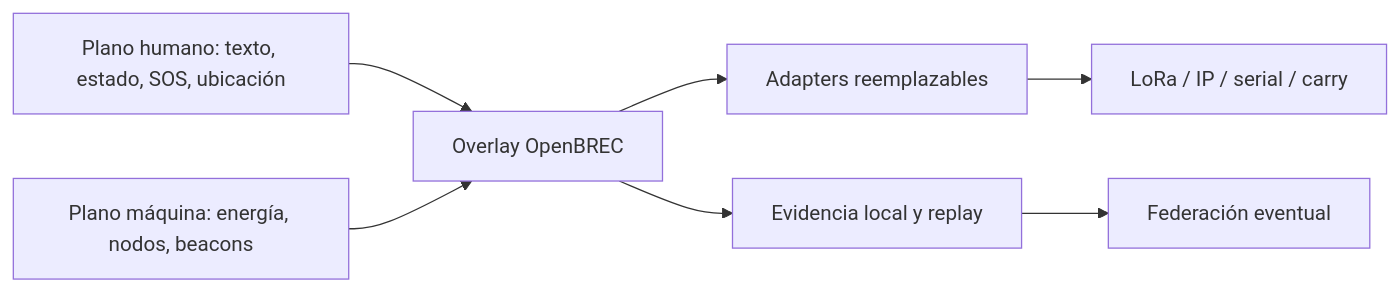
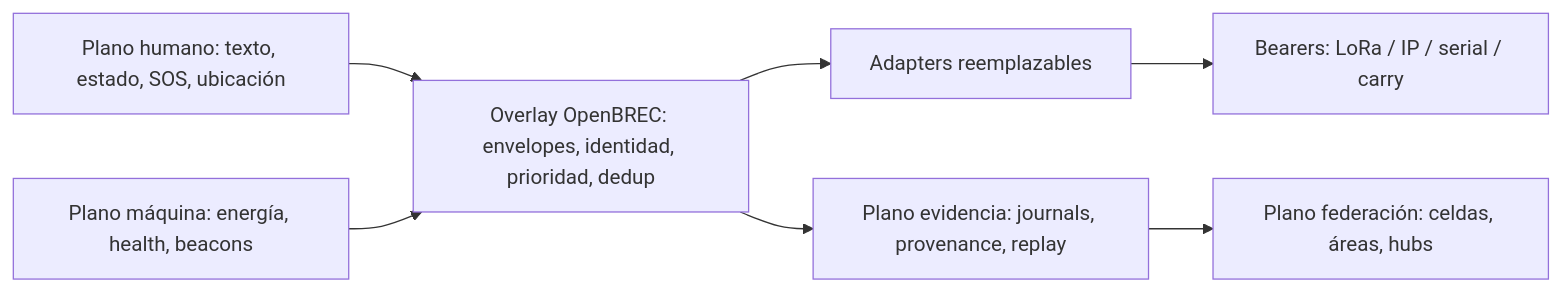
The diagram in README.md (mandalorianuy/openbrec-rf), drawn with Mermaid before and after one commit. The commit also changed other lines of this file and 231 other files, not shown here.

````diff
--- a/README.md
+++ b/README.md
@@ -63,9 +28,9 @@
 ```mermaid
 flowchart LR
-  H["Plano humano: texto, estado, SOS, ubicación"] --> O["Overlay OpenBREC"]
-  M["Plano máquina: energía, nodos, beacons"] --> O
+  H["Plano humano: texto, estado, SOS, ubicación"] --> O["Overlay OpenBREC: envelopes, identidad, prioridad, dedup"]
+  M["Plano máquina: energía, health, beacons"] --> O
   O --> A["Adapters reemplazables"]
-  A --> T["LoRa / IP / serial / carry"]
-  O --> E["Evidencia local y replay"]
-  E --> F["Federación eventual"]
+  A --> T["Bearers: LoRa / IP / serial / carry"]
+  O --> E["Plano evidencia: journals, provenance, replay"]
+  E --> F["Plano federación: celdas, áreas, hubs"]
 ```
````
